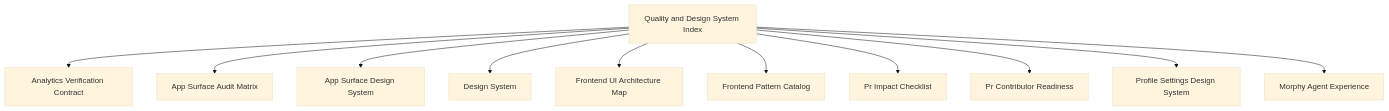
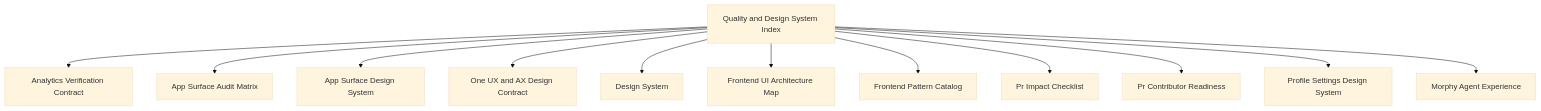
Before and after one commit to hushh-labs/hushh-research: the diagram in docs/reference/quality/README.md, drawn with Mermaid (base theme). The commit also changed other lines of this file and 23 other files, not shown here.

````diff
--- a/docs/reference/quality/README.md
+++ b/docs/reference/quality/README.md
@@ -6,24 +6,26 @@
 ```mermaid
 flowchart TD
   root["Quality and Design System Index"]
   n8["Analytics Verification Contract"]
   root --> n8
   n1["App Surface Audit Matrix"]
   root --> n1
   n2["App Surface Design System"]
   root --> n2
+  n11["One UX and AX Design Contract"]
+  root --> n11
   n3["Design System"]
   root --> n3
   n4["Frontend UI Architecture Map"]
   root --> n4
   n5["Frontend Pattern Catalog"]
   root --> n5
   n6["Pr Impact Checklist"]
   root --> n6
   n9["Pr Contributor Readiness"]
   root --> n9
   n7["Profile Settings Design System"]
   root --> n7
   n10["Morphy Agent Experience"]
   root --> n10
 ```
````
